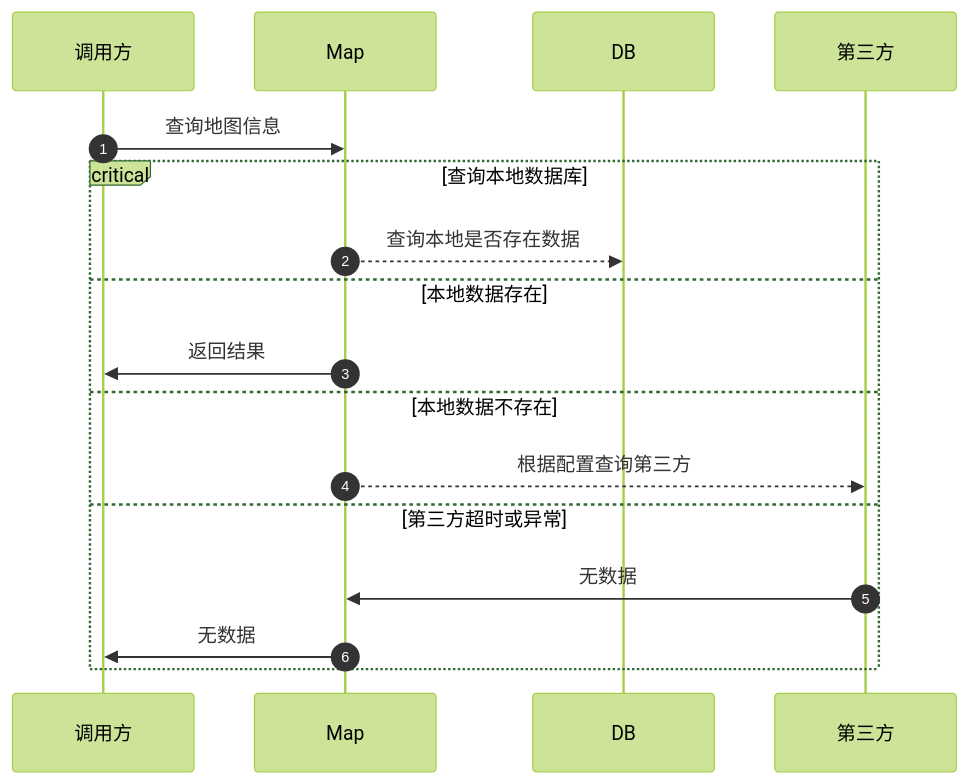
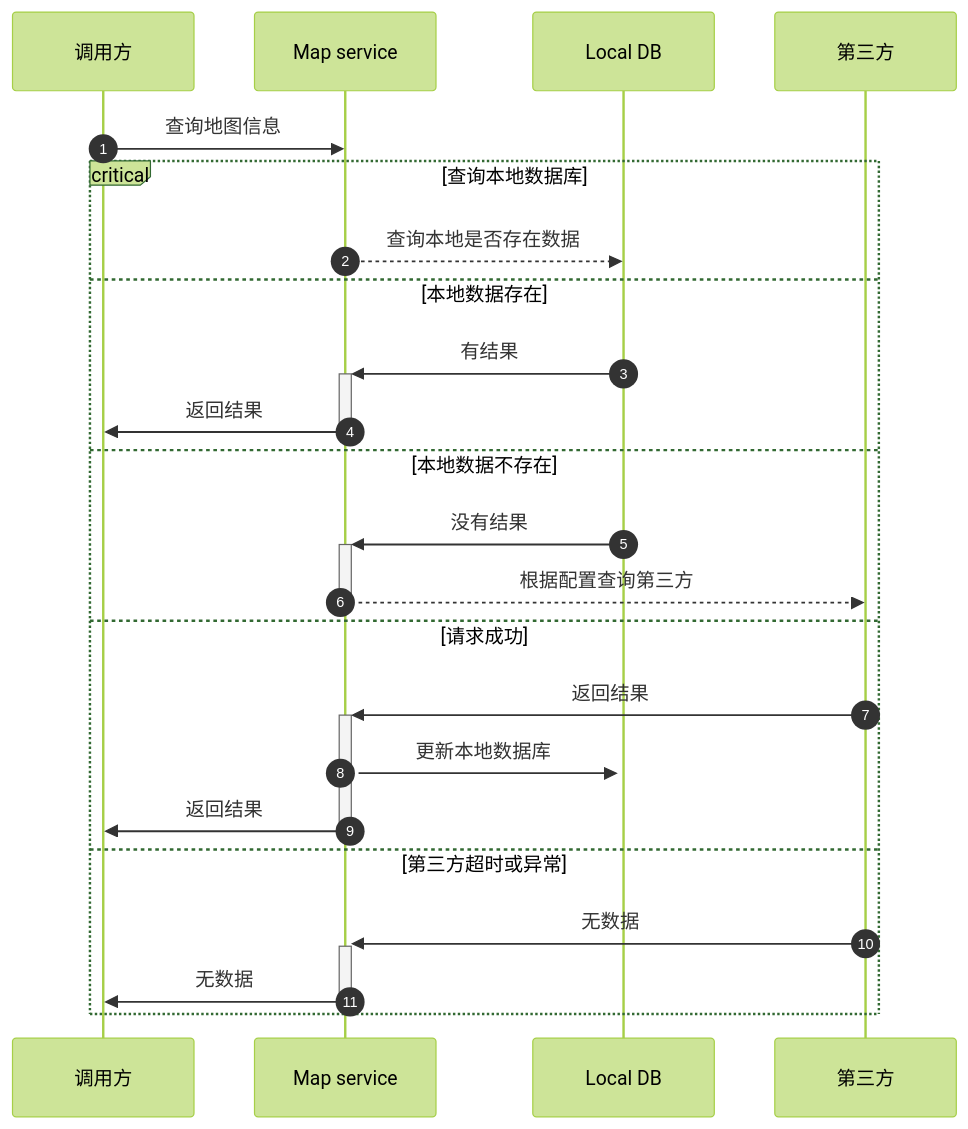
Before and after one commit to luoyh/obsidian-sync: the first of 3 diagrams in tqbb/Map.md, drawn with Mermaid (forest theme). The commit also changed other lines of this file, not shown here.

````diff
--- a/tqbb/Map.md
+++ b/tqbb/Map.md
@@ -11,15 +11,21 @@
 ```mermaid
 sequenceDiagram
   autonumber
-  调用方 ->> Map: 查询地图信息
+  调用方 ->> Map service: 查询地图信息
   critical 查询本地数据库
-    Map -->> DB: 查询本地是否存在数据
-  option 本地数据存在
-    Map ->> 调用方: 返回结果
-  option 本地数据不存在
-    Map -->> 第三方: 根据配置查询第三方
-  option 第三方超时或异常
-    第三方 ->> Map: 无数据
-    Map ->> 调用方: 无数据
+    Map service -->> Local DB: 查询本地是否存在数据
+    option 本地数据存在
+      Local DB ->> +Map service: 有结果
+      Map service ->> -调用方: 返回结果
+    option 本地数据不存在
+      Local DB ->> +Map service: 没有结果
+      Map service -->> -第三方: 根据配置查询第三方
+    option 请求成功
+      第三方 ->> +Map service: 返回结果
+      Map service ->> +Local DB: 更新本地数据库
+      Map service ->> -调用方: 返回结果
+    option 第三方超时或异常
+      第三方 ->> +Map service: 无数据
+      Map service ->> -调用方: 无数据
   end
 ```
````
